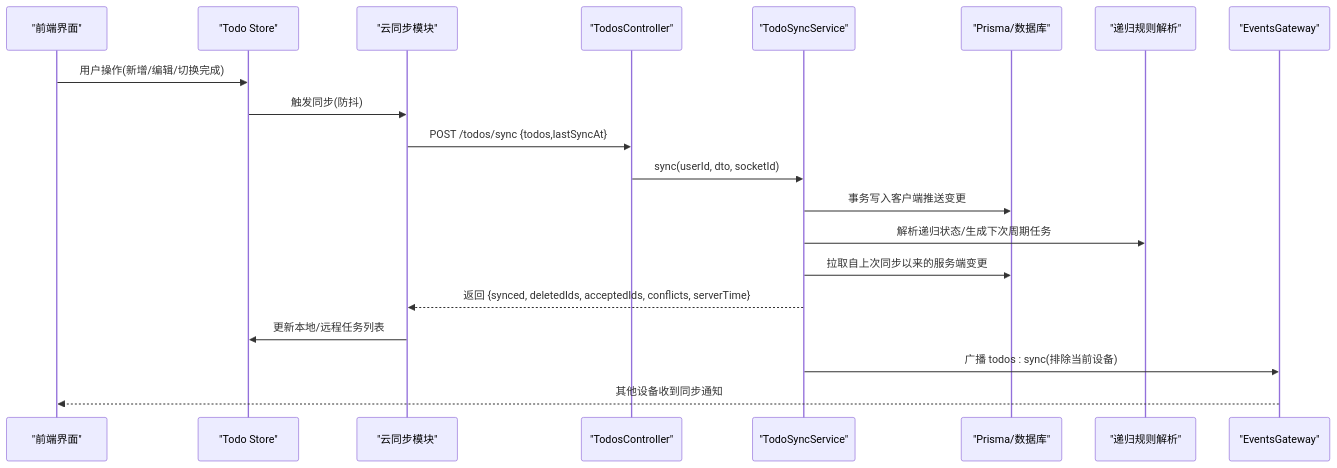
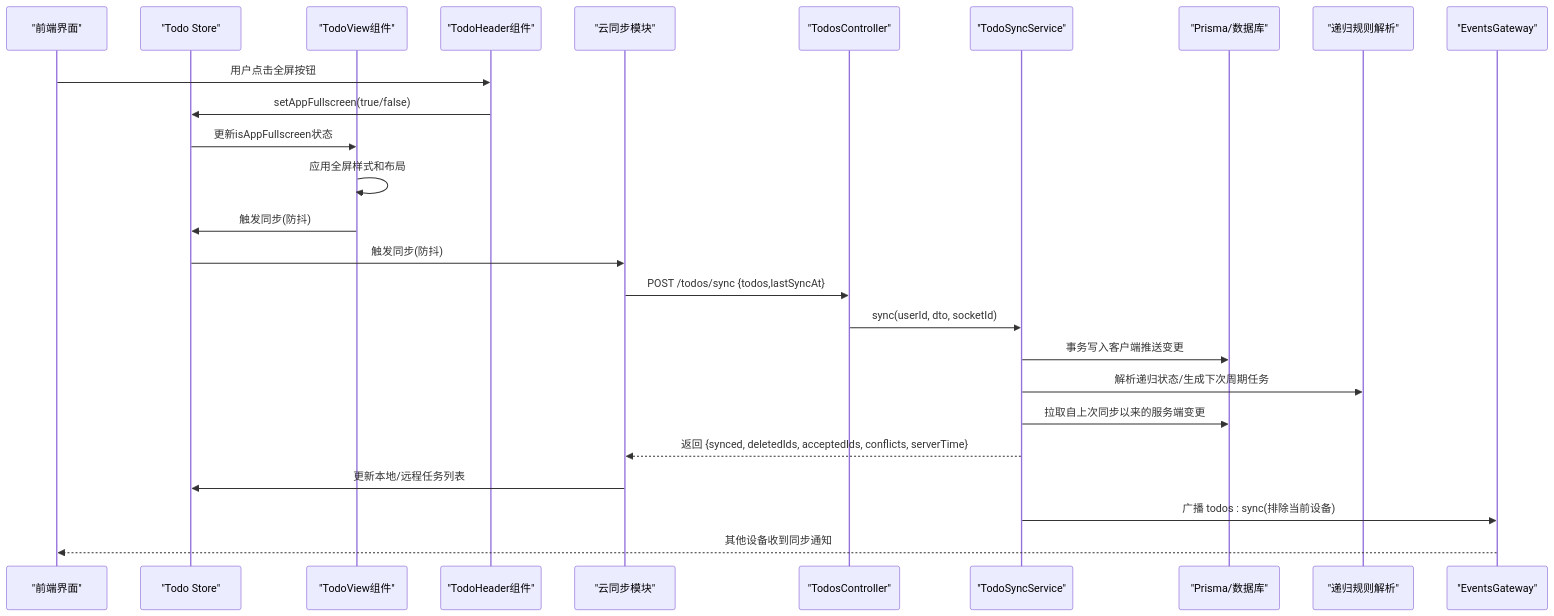
Before and after one commit to xixixiaoyu/Todo: the second of 10 diagrams in .qoder/repowiki/zh/content/核心模块/任务管理系统/任务管理系统.md, drawn with Mermaid. The commit also changed other lines of this file and 5 other files, not shown here.

````diff
--- a/.qoder/repowiki/zh/content/核心模块/任务管理系统/任务管理系统.md
+++ b/.qoder/repowiki/zh/content/核心模块/任务管理系统/任务管理系统.md
@@ -107,22 +125,28 @@
 ```mermaid
 sequenceDiagram
 participant UI as "前端界面"
 participant Store as "Todo Store"
+participant View as "TodoView组件"
+participant Header as "TodoHeader组件"
 participant Cloud as "云同步模块"
 participant Ctrl as "TodosController"
 participant Sync as "TodoSyncService"
 participant DB as "Prisma/数据库"
 participant Rec as "递归规则解析"
 participant GW as "EventsGateway"
-UI->>Store : 用户操作(新增/编辑/切换完成)
+UI->>Header : 用户点击全屏按钮
+Header->>Store : setAppFullscreen(true/false)
+Store->>View : 更新isAppFullscreen状态
+View->>View : 应用全屏样式和布局
+View->>Store : 触发同步(防抖)
 Store->>Cloud : 触发同步(防抖)
 Cloud->>Ctrl : POST /todos/sync {todos,lastSyncAt}
 Ctrl->>Sync : sync(userId, dto, socketId)
 Sync->>DB : 事务写入客户端推送变更
 Sync->>Rec : 解析递归状态/生成下次周期任务
 Sync->>DB : 拉取自上次同步以来的服务端变更
 Sync-->>Cloud : 返回 {synced, deletedIds, acceptedIds, conflicts, serverTime}
 Cloud->>Store : 更新本地/远程任务列表
 Sync->>GW : 广播 todos : sync(排除当前设备)
 GW-->>UI : 其他设备收到同步通知
 ```
````
